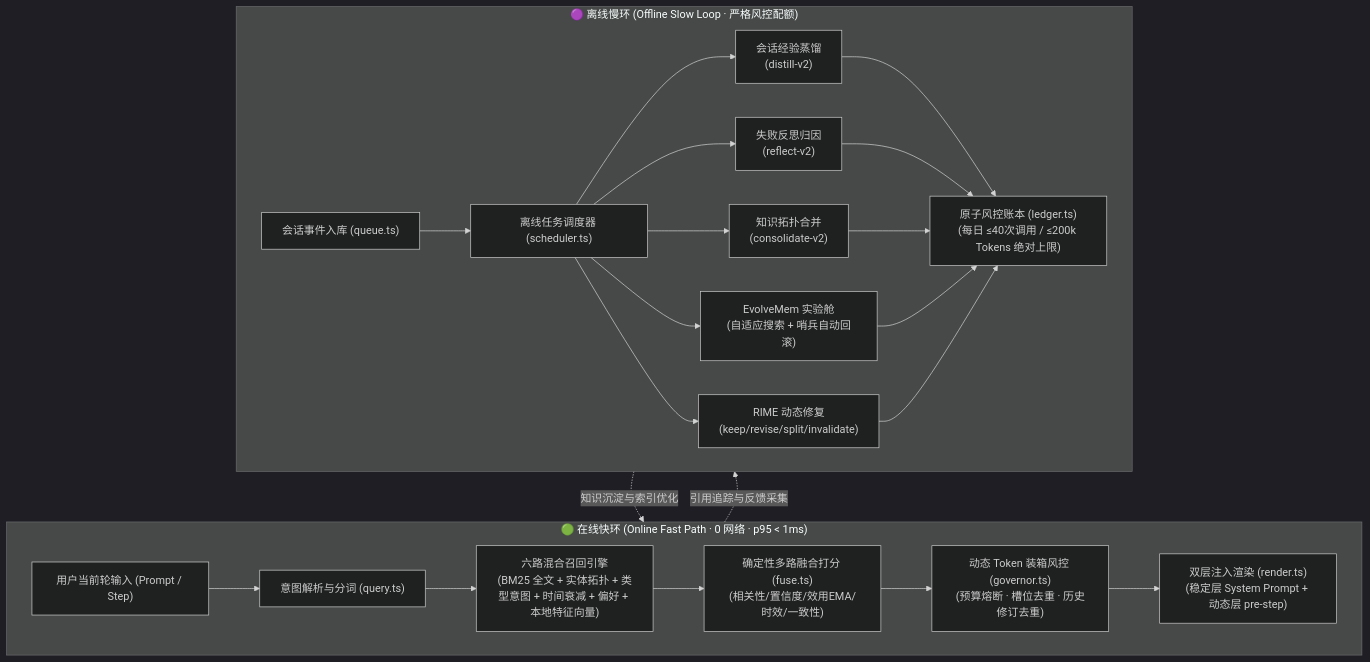
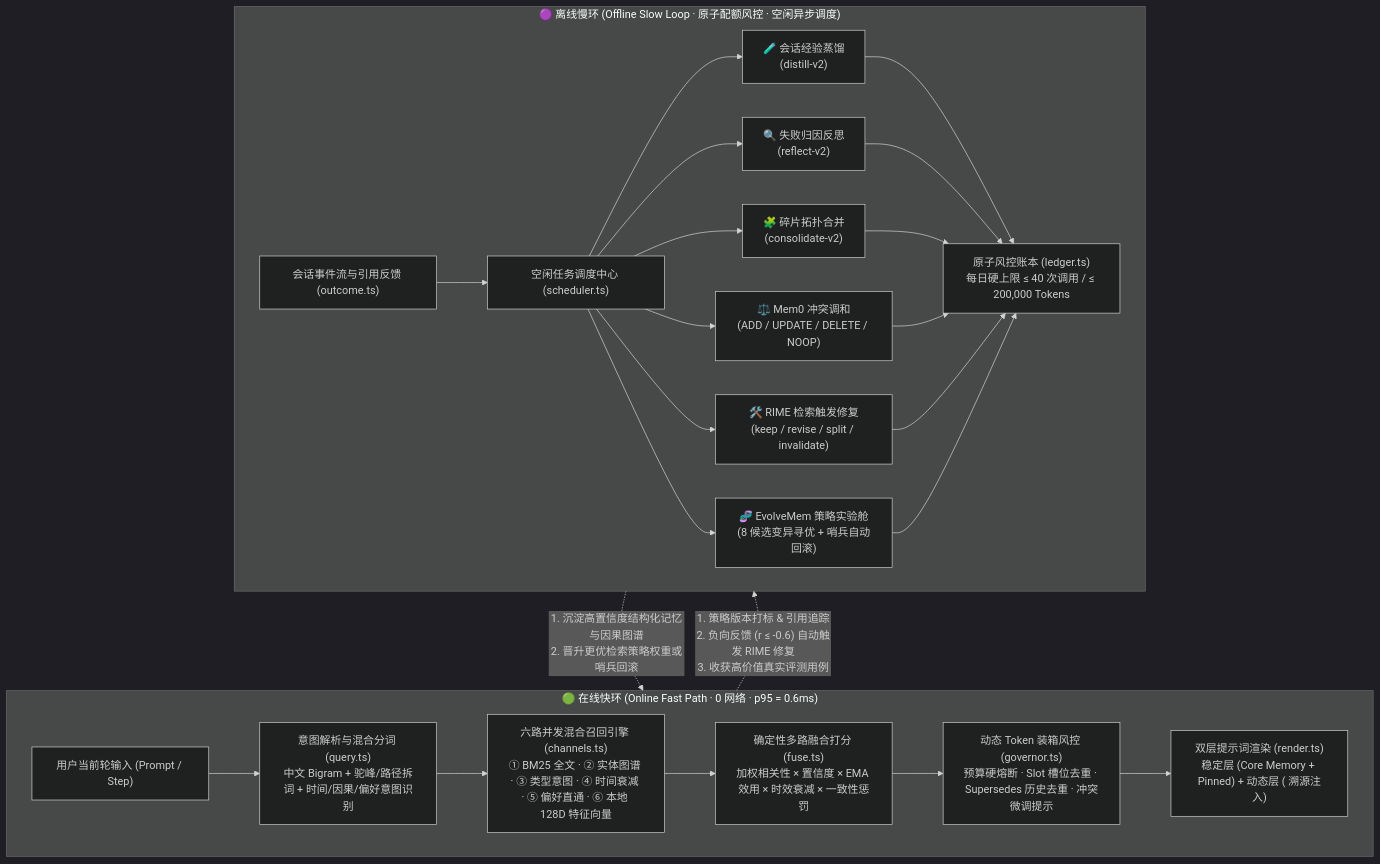
Before and after one commit to ROSESSSSS66/dsh-memory: the diagram in README.md, drawn with Mermaid (dark theme). The commit also changed other lines of this file and 1 other file, not shown here.

````diff
--- a/README.md
+++ b/README.md
@@ -57,23 +86,24 @@
 ```mermaid
 flowchart TD
-    subgraph Online ["🟢 在线快环 (Online Fast Path · 0 网络 · p95 < 1ms)"]
-        A["用户当前轮输入 (Prompt / Step)"] --> B["意图解析与分词 (query.ts)"]
-        B --> C["六路混合召回引擎\n(BM25 全文 + 实体拓扑 + 类型意图 + 时间衰减 + 偏好 + 本地特征向量)"]
-        C --> D["确定性多路融合打分 (fuse.ts)\n(相关性/置信度/效用EMA/时效/一致性)"]
-        D --> E["动态 Token 装箱风控 (governor.ts)\n(预算熔断 · 槽位去重 · 历史修订去重)"]
-        E --> F["双层注入渲染 (render.ts)\n(稳定层 System Prompt + 动态层 pre-step)"]
+    subgraph Online ["🟢 在线快环 (Online Fast Path · 0 网络 · p95 = 0.6ms)"]
+        A["用户当前轮输入 (Prompt / Step)"] --> B["意图解析与混合分词 (query.ts)\n中文 Bigram + 驼峰/路径拆词 + 时间/因果/偏好意图识别"]
+        B --> C["六路并发混合召回引擎 (channels.ts)\n① BM25 全文 · ② 实体图谱 · ③ 类型意图 · ④ 时间衰减 · ⑤ 偏好直通 · ⑥ 本地 128D 特征向量"]
+        C --> D["确定性多路融合打分 (fuse.ts)\n加权相关性 × 置信度 × EMA 效用 × 时效衰减 × 一致性惩罚"]
+        D --> E["动态 Token 装箱风控 (governor.ts)\n预算硬熔断 · Slot 槽位去重 · Supersedes 历史去重 · 冲突微调提示"]
+        E --> F["双层提示词渲染 (render.ts)\n稳定层 (Core Memory + Pinned) + 动态层 (<dsh_memory> 溯源注入)"]
     end
 
-    subgraph Offline ["🟣 离线慢环 (Offline Slow Loop · 严格风控配额)"]
-        G["会话事件入库 (queue.ts)"] --> H["离线任务调度器 (scheduler.ts)"]
-        H --> I["会话经验蒸馏\n(distill-v2)"]
-        H --> J["失败反思归因\n(reflect-v2)"]
-        H --> K["知识拓扑合并\n(consolidate-v2)"]
-        H --> L["EvolveMem 实验舱\n(自适应搜索 + 哨兵自动回滚)"]
-        H --> M["RIME 动态修复\n(keep/revise/split/invalidate)"]
-        I & J & K & L & M --> N["原子风控账本 (ledger.ts)\n(每日 ≤40次调用 / ≤200k Tokens 绝对上限)"]
+    subgraph Offline ["🟣 离线慢环 (Offline Slow Loop · 原子配额风控 · 空闲异步调度)"]
+        G["会话事件流与引用反馈 (outcome.ts)"] --> H["空闲任务调度中心 (scheduler.ts)"]
+        H --> I["🧪 会话经验蒸馏\n(distill-v2)"]
+        H --> J["🔍 失败归因反思\n(reflect-v2)"]
+        H --> K["🧩 碎片拓扑合并\n(consolidate-v2)"]
+        H --> L["⚖️ Mem0 冲突调和\n(ADD / UPDATE / DELETE / NOOP)"]
+        H --> M["🛠️ RIME 检索触发修复\n(keep / revise / split / invalidate)"]
+        H --> N["🧬 EvolveMem 策略实验舱\n(8 候选变异寻优 + 哨兵自动回滚)"]
+        I & J & K & L & M & N --> O["原子风控账本 (ledger.ts)\n每日硬上限 ≤ 40 次调用 / ≤ 200,000 Tokens"]
     end
 
-    Online -. 引用追踪与反馈采集 .-> Offline
-    Offline -. 知识沉淀与索引优化 .-> Online
+    Online -. "1. 策略版本打标 & 引用追踪\n2. 负向反馈 (r ≤ -0.6) 自动触发 RIME 修复\n3. 收获高价值真实评测用例" .-> Offline
+    Offline -. "1. 沉淀高置信度结构化记忆与因果图谱\n2. 晋升更优检索策略权重或哨兵回滚" .-> Online
 ```
````
